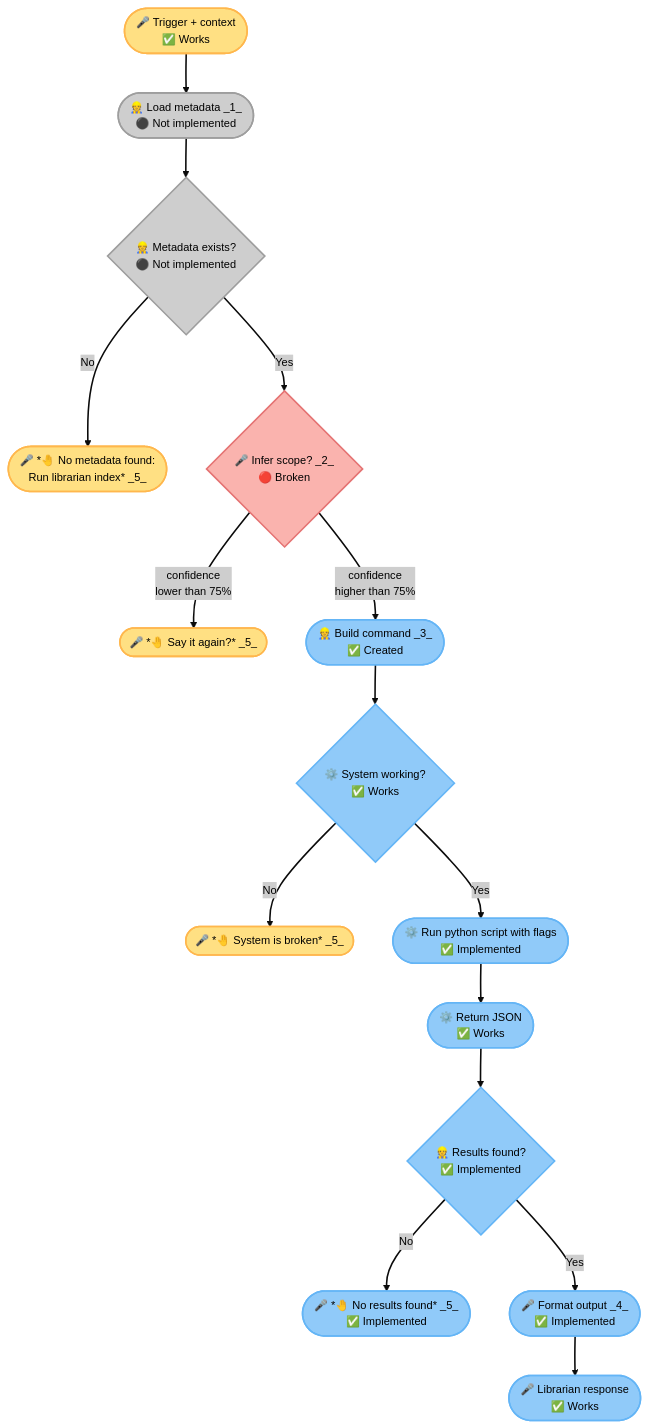
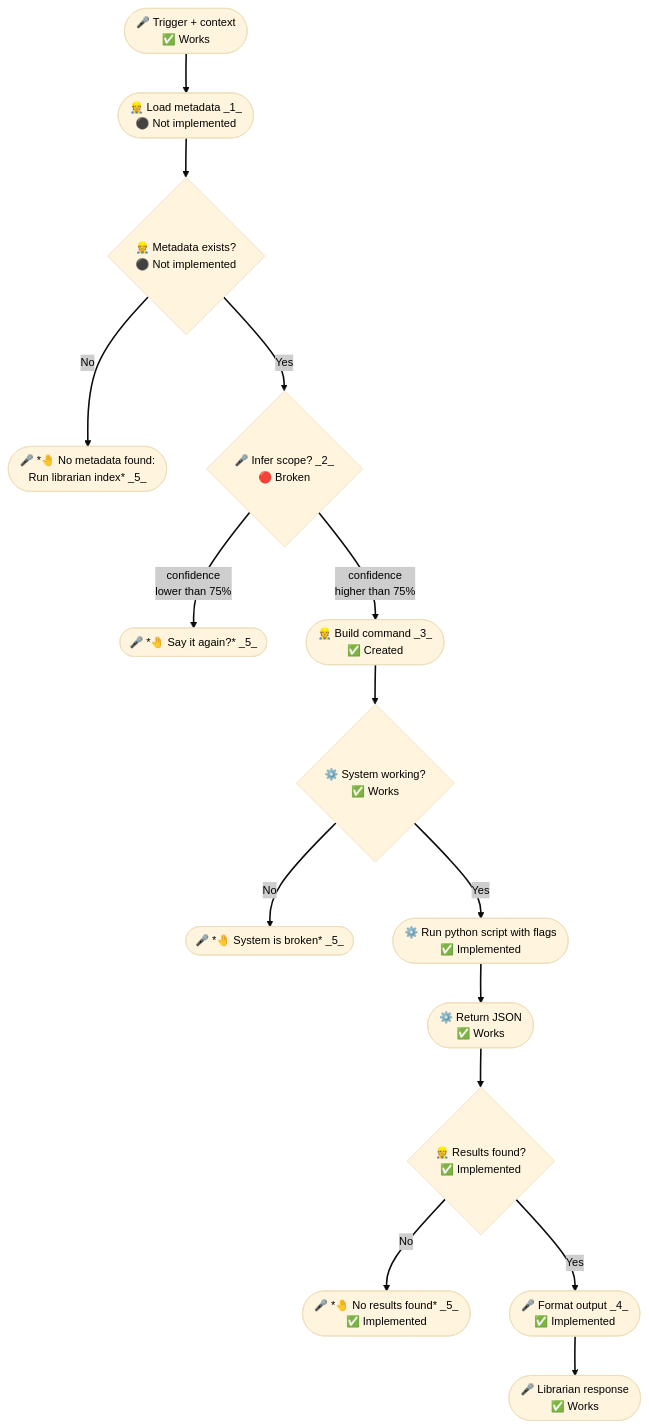
Before and after one commit to nonlinear/librarian: the first of 2 diagrams in backstage/epic-notes/v0.15.0-skill-protocol.md, drawn with Mermaid.

Commit message:
contract: Remove inline colors, add CSS classes (:::approved, :::default, etc.)

````diff
--- a/backstage/epic-notes/v0.15.0-skill-protocol.md
+++ b/backstage/epic-notes/v0.15.0-skill-protocol.md
@@ -3,53 +3,38 @@
 ```mermaid
 %%{init: {
   'theme': 'base',
   'themeVariables': {
     'edgeLabelBackground': '#CECECE',
     'primaryTextColor': '#000000',
     'tertiaryTextColor': '#000000',
     'fontSize': '14px',
     'fontFamily': 'system-ui'
   }
 }}%%
 flowchart TB
-    TRIGGER(["🎤 Trigger + context<br/>✅ Works"])
-    TRIGGER --> METADATA(["👷 Load metadata _1_<br/>⚫ Not implemented"])
+    TRIGGER(["🎤 Trigger + context<br/>✅ Works"]):::approved
+    TRIGGER --> METADATA(["👷 Load metadata _1_<br/>⚫ Not implemented"]):::default
     METADATA --> CHECK{"👷 Metadata exists?<br/>⚫ Not implemented"}
     
-    CHECK -->|"No"| ERROR(["🎤 *🤚 No metadata found:<br>Run librarian index* _5_"])
+    CHECK -->|"No"| ERROR(["🎤 *🤚 No metadata found:<br>Run librarian index* _5_"]):::approved
     CHECK -->|"Yes"| INFER{"🎤 Infer scope? _2_<br/>🔴 Broken"}
     
-    INFER -->|"confidence<br>lower than 75%"| CLARIFY(["🎤 *🤚 Say it again?* _5_"])
-    INFER -->|"confidence<br>higher than 75%"| BUILD(["👷 Build command _3_<br/>✅ Created"])
+    INFER -->|"confidence<br>lower than 75%"| CLARIFY(["🎤 *🤚 Say it again?* _5_"]):::approved
+    INFER -->|"confidence<br>higher than 75%"| BUILD(["👷 Build command _3_<br/>✅ Created"]):::developed
     
     BUILD --> CHECK_SYSTEM{"⚙️ System working?<br/>✅ Works"}
     
-    CHECK_SYSTEM -->|"No"| BROKEN(["🎤 *🤚 System is broken* _5_"])
-    CHECK_SYSTEM -->|"Yes"| EXEC(["⚙️ Run python script with flags<br/>✅ Implemented"])
+    CHECK_SYSTEM -->|"No"| BROKEN(["🎤 *🤚 System is broken* _5_"]):::approved
+    CHECK_SYSTEM -->|"Yes"| EXEC(["⚙️ Run python script with flags<br/>✅ Implemented"]):::developed
     
-    EXEC --> JSON(["⚙️ Return JSON<br/>✅ Works"])
+    EXEC --> JSON(["⚙️ Return JSON<br/>✅ Works"]):::developed
     JSON --> CHECK_RESULTS{"👷 Results found?<br/>✅ Implemented"}
     
-    CHECK_RESULTS -->|"No"| EMPTY(["🎤 *🤚 No results found* _5_<br/>✅ Implemented"])
-    CHECK_RESULTS -->|"Yes"| FORMAT(["🎤 Format output _4_<br/>✅ Implemented"])
+    CHECK_RESULTS -->|"No"| EMPTY(["🎤 *🤚 No results found* _5_<br/>✅ Implemented"]):::developed
+    CHECK_RESULTS -->|"Yes"| FORMAT(["🎤 Format output _4_<br/>✅ Implemented"]):::developed
     
-    FORMAT --> RESPONSE(["🎤 Librarian response<br/>✅ Works"])
+    FORMAT --> RESPONSE(["🎤 Librarian response<br/>✅ Works"]):::developed
     
-    style TRIGGER fill:#FFE083,stroke:#FFB74D,stroke-width:2px,color:#000
-    style METADATA fill:#CECECE,stroke:#9E9E9E,stroke-width:2px,color:#000
-    style INFER fill:#FAB3AE,stroke:#E57373,stroke-width:2px,color:#000
-    style CLARIFY fill:#FFE083,stroke:#FFB74D,stroke-width:2px,color:#000
-    style BUILD fill:#90CAF9,stroke:#64B5F6,stroke-width:2px,color:#000
-    style EXEC fill:#90CAF9,stroke:#64B5F6,stroke-width:2px,color:#000
-    style JSON fill:#90CAF9,stroke:#64B5F6,stroke-width:2px,color:#000
-    style FORMAT fill:#90CAF9,stroke:#64B5F6,stroke-width:2px,color:#000
-    style RESPONSE fill:#90CAF9,stroke:#64B5F6,stroke-width:2px,color:#000
-    style CHECK fill:#CECECE,stroke:#9E9E9E,stroke-width:2px,color:#000
-    style ERROR fill:#FFE083,stroke:#FFB74D,stroke-width:2px,color:#000
-    style CHECK_SYSTEM fill:#90CAF9,stroke:#64B5F6,stroke-width:2px,color:#000
-    style BROKEN fill:#FFE083,stroke:#FFB74D,stroke-width:2px,color:#000
-    style CHECK_RESULTS fill:#90CAF9,stroke:#64B5F6,stroke-width:2px,color:#000
-    style EMPTY fill:#90CAF9,stroke:#64B5F6,stroke-width:2px,color:#000
     
     linkStyle default stroke-width:2px
 ```
````
